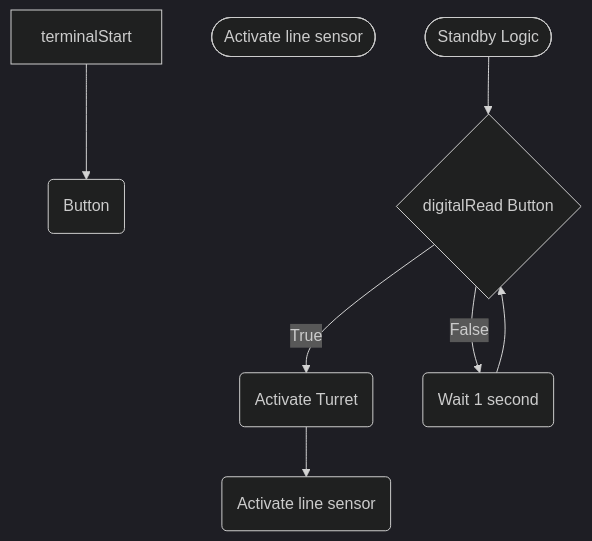
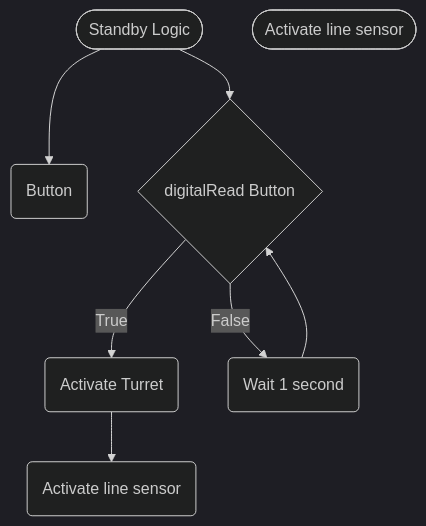
The first of 3 diagrams in logic.md (Zac2259/Smart-Turret), drawn with Mermaid (dark theme) before and after one commit.

````diff
--- a/logic.md
+++ b/logic.md
@@ -3,17 +3,17 @@
  ```mermaid
  flowchart TD
  %%standby logic
 terminalStart1([Standby Logic])
  terminalEnd1([Activate line sensor])
  Button(Button)
 Buttontrigger{digitalRead Button}
 activateturret(Activate Turret)
 activatesensor(Activate line sensor)
 loop(Wait 1 second)
-terminalStart --> Button
+terminalStart1 --> Button
 terminalStart1 --> Buttontrigger
 Buttontrigger --> |True| activateturret
 activateturret --> activatesensor
 Buttontrigger --> |False| loop
 loop -->Buttontrigger
 ```
````
